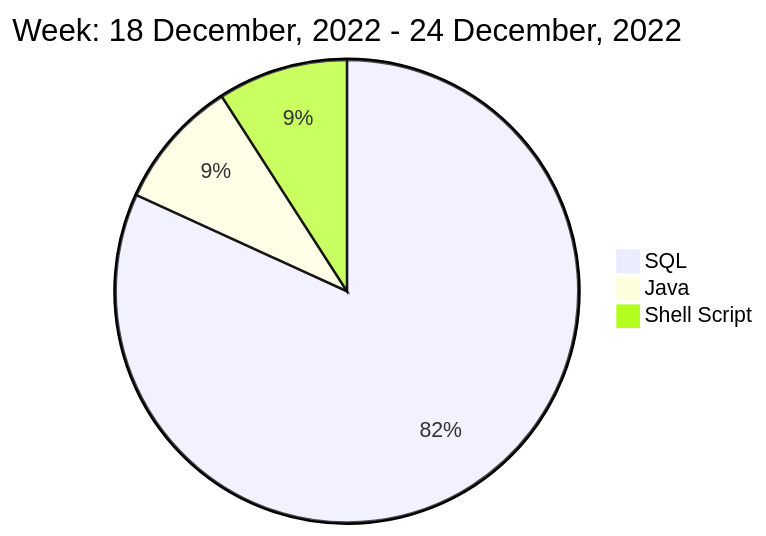
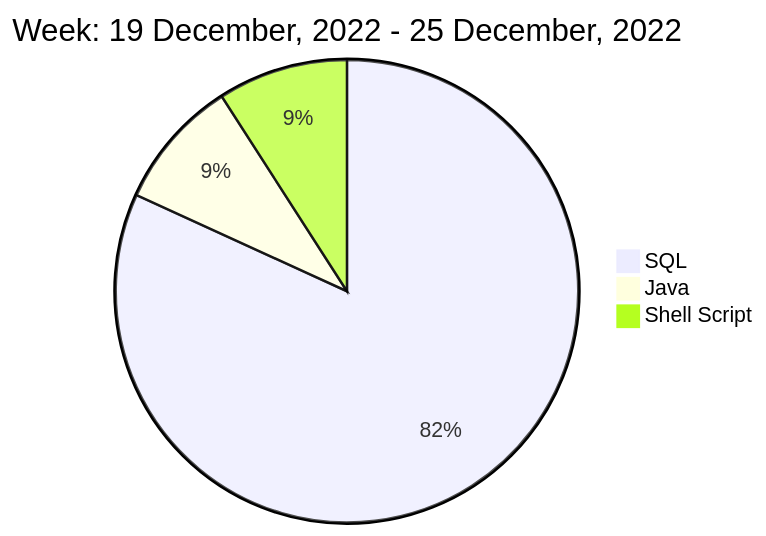
One commit to liubin95/liubin95 changed the diagram in README.md. Above: the diagram before and after it, drawn with Mermaid.

Commit message:
Updated the Graph with new Metrics

````diff
--- a/README.md
+++ b/README.md
@@ -40,7 +40,7 @@
 ```mermaid
  pie
-title Week: 18 December, 2022 - 24 December, 2022
+title Week: 19 December, 2022 - 25 December, 2022
  "SQL" : 0.27
  "Java" : 0.03
  "Shell Script" : 0.03
 ```
````
